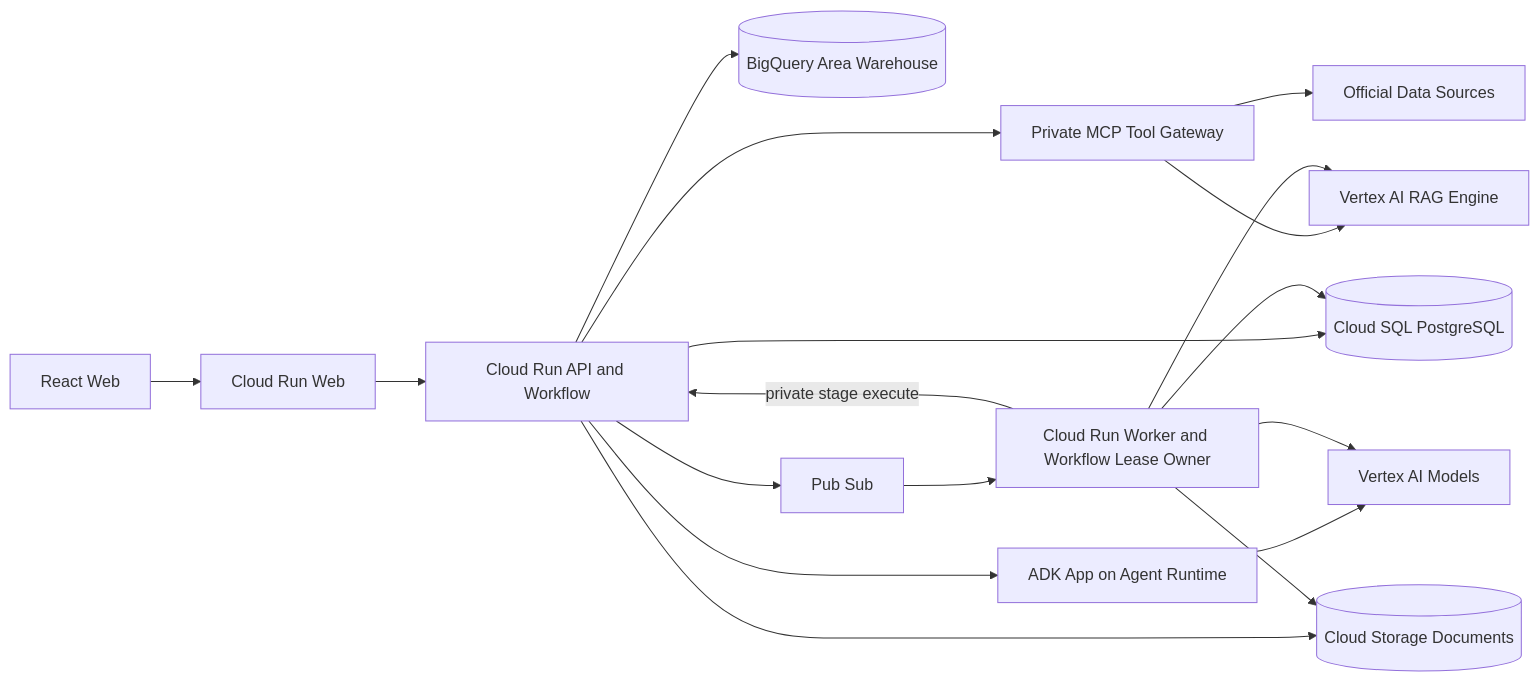
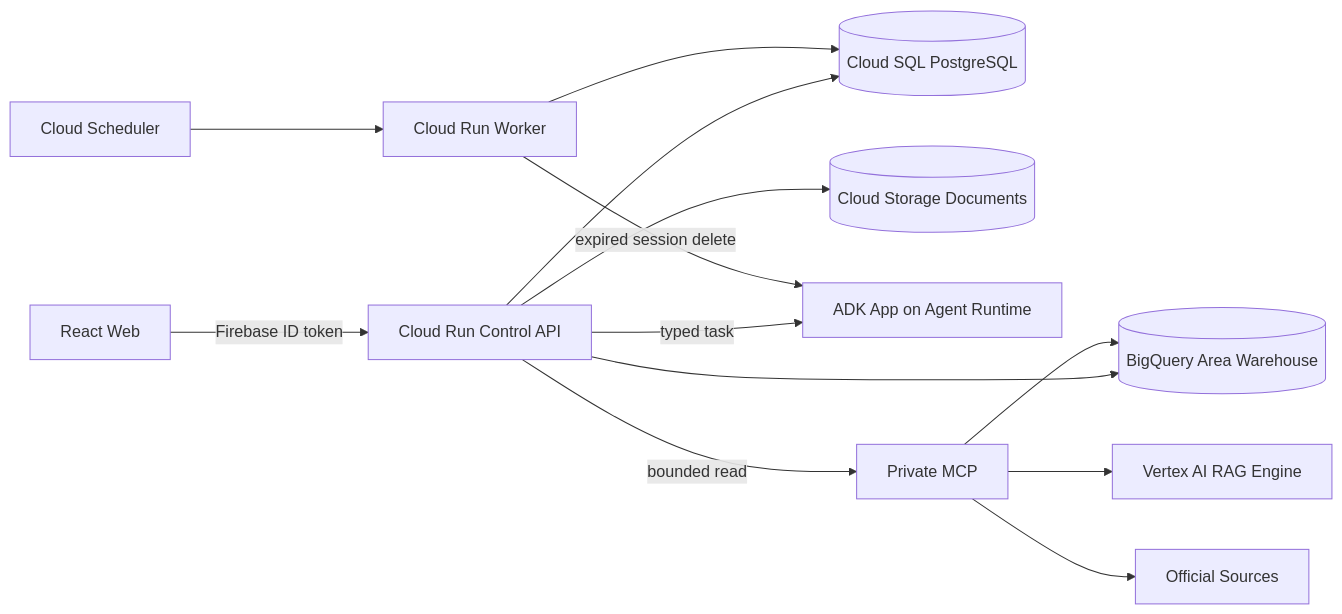
Before and after one commit to ai-bootcamp-team4/CaffeMate: the diagram in docs/architecture/system-architecture.md, drawn with Mermaid. The commit also changed other lines of this file and 82 other files, not shown here.

Commit message:
refactor(api): replace staged proposal workflow with one transaction (#245)

````diff
--- a/docs/architecture/system-architecture.md
+++ b/docs/architecture/system-architecture.md
@@ -36,20 +28,15 @@
 ```mermaid
 flowchart LR
-    web[React Web] --> webRun[Cloud Run Web]
-    webRun --> api[Cloud Run API and Workflow]
-    api --> agents[ADK App on Agent Runtime]
-    api --> mcp[Private MCP Tool Gateway]
+    web[React Web] -->|Firebase ID token| api[Cloud Run Control API]
+    api --> state[(Cloud SQL PostgreSQL)]
+    api --> area[(BigQuery Area Warehouse)]
+    api --> storage[(Cloud Storage Documents)]
+    api -->|typed task| agents[ADK App on Agent Runtime]
+    api -->|bounded read| mcp[Private MCP]
     mcp --> rag[Vertex AI RAG Engine]
-    api --> postgres[(Cloud SQL PostgreSQL)]
-    api --> warehouse[(BigQuery Area Warehouse)]
-    api --> storage[(Cloud Storage Documents)]
-    api --> pubsub[Pub Sub]
-    pubsub --> worker[Cloud Run Worker and Workflow Lease Owner]
-    worker -->|private stage execute| api
-    worker --> postgres
-    worker --> storage
-    worker --> rag
-    agents --> vertex[Vertex AI Models]
-    worker --> vertex
-    mcp --> official[Official Data Sources]
+    mcp --> area
+    mcp --> official[Official Sources]
+    worker[Cloud Run Worker] --> state
+    worker -->|expired session delete| agents
+    scheduler[Cloud Scheduler] --> worker
 ```
````
